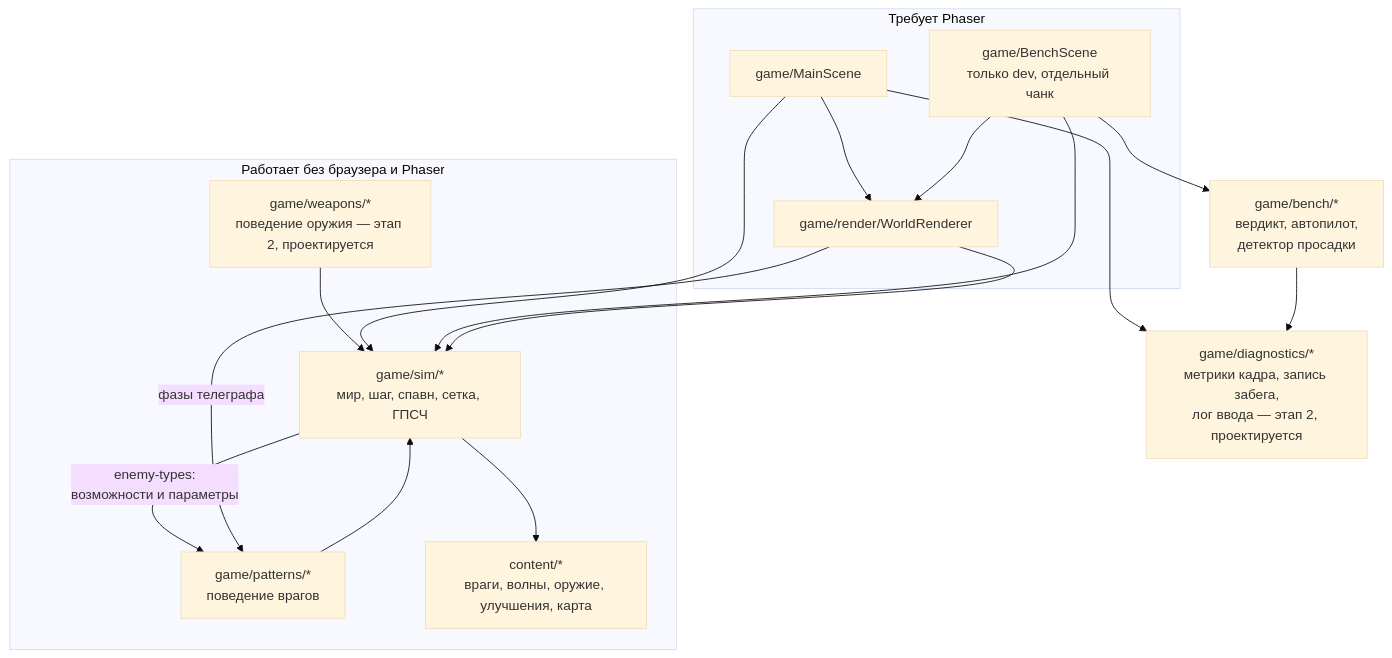
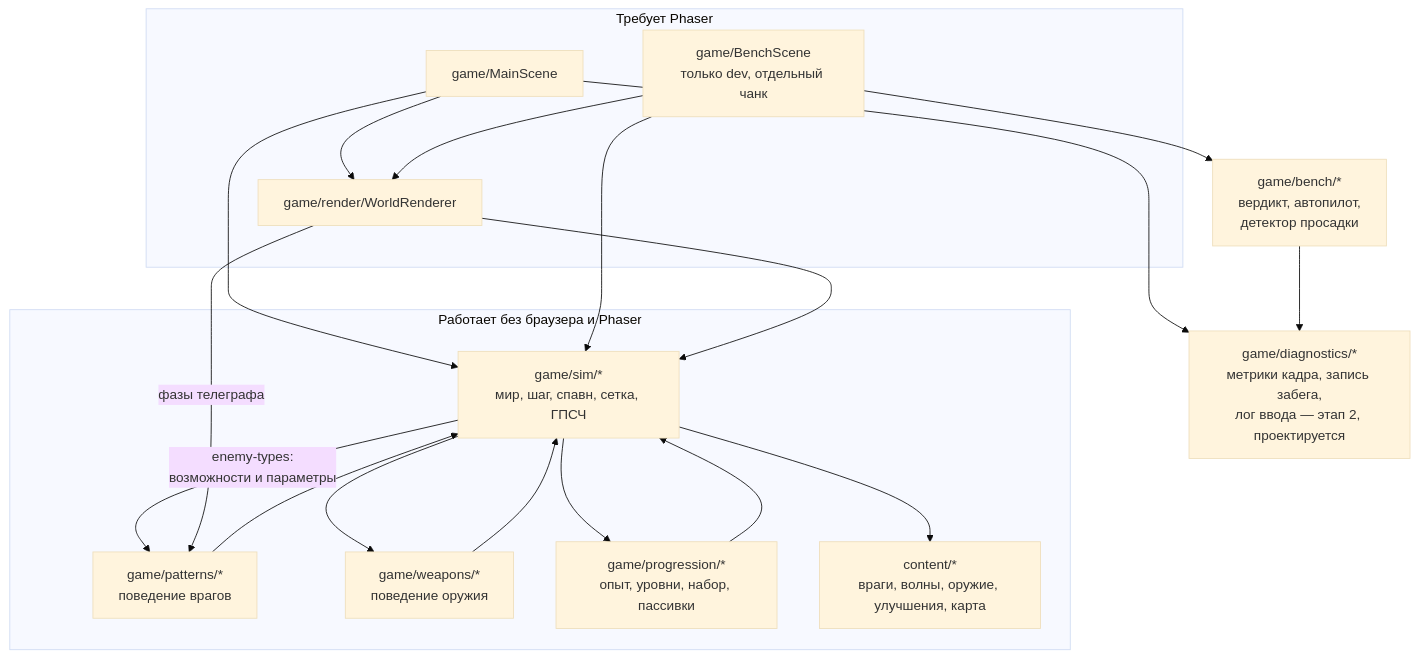
One commit to JJSGxKD/rubezh changed the sixth of 17 diagrams in docs/21-diagrams.md. Above: the diagram before and after it, drawn with Mermaid (base theme). The commit also changed 40 other files, not shown here.

````diff
--- a/docs/21-diagrams.md
+++ b/docs/21-diagrams.md
@@ -407,32 +407,36 @@
 ```mermaid
 flowchart TD
     subgraph headless["Работает без браузера и Phaser"]
         SIM["game/sim/*<br/>мир, шаг, спавн, сетка, ГПСЧ"]
         PAT["game/patterns/*<br/>поведение врагов"]
-        WPN["game/weapons/*<br/>поведение оружия — этап 2, проектируется"]
+        WPN["game/weapons/*<br/>поведение оружия"]
+        PRG["game/progression/*<br/>опыт, уровни, набор, пассивки"]
         CNT["content/*<br/>враги, волны, оружие, улучшения, карта"]
     end
 
     subgraph rendered["Требует Phaser"]
         MS["game/MainScene"]
         BS["game/BenchScene<br/>только dev, отдельный чанк"]
         WR["game/render/WorldRenderer"]
     end
 
     BM["game/bench/*<br/>вердикт, автопилот,<br/>детектор просадки"]
     DG["game/diagnostics/*<br/>метрики кадра, запись забега,<br/>лог ввода — этап 2, проектируется"]
 
     PAT --> SIM
     SIM -- "enemy-types:<br/>возможности и параметры" --> PAT
     WPN --> SIM
+    PRG --> SIM
+    SIM --> WPN
+    SIM --> PRG
     SIM --> CNT
     WR -- "фазы телеграфа" --> PAT
     MS --> SIM
     MS --> WR
     MS --> DG
     BS --> SIM
     BS --> WR
     BS --> BM
     BM --> DG
     WR --> SIM
 ```
````
